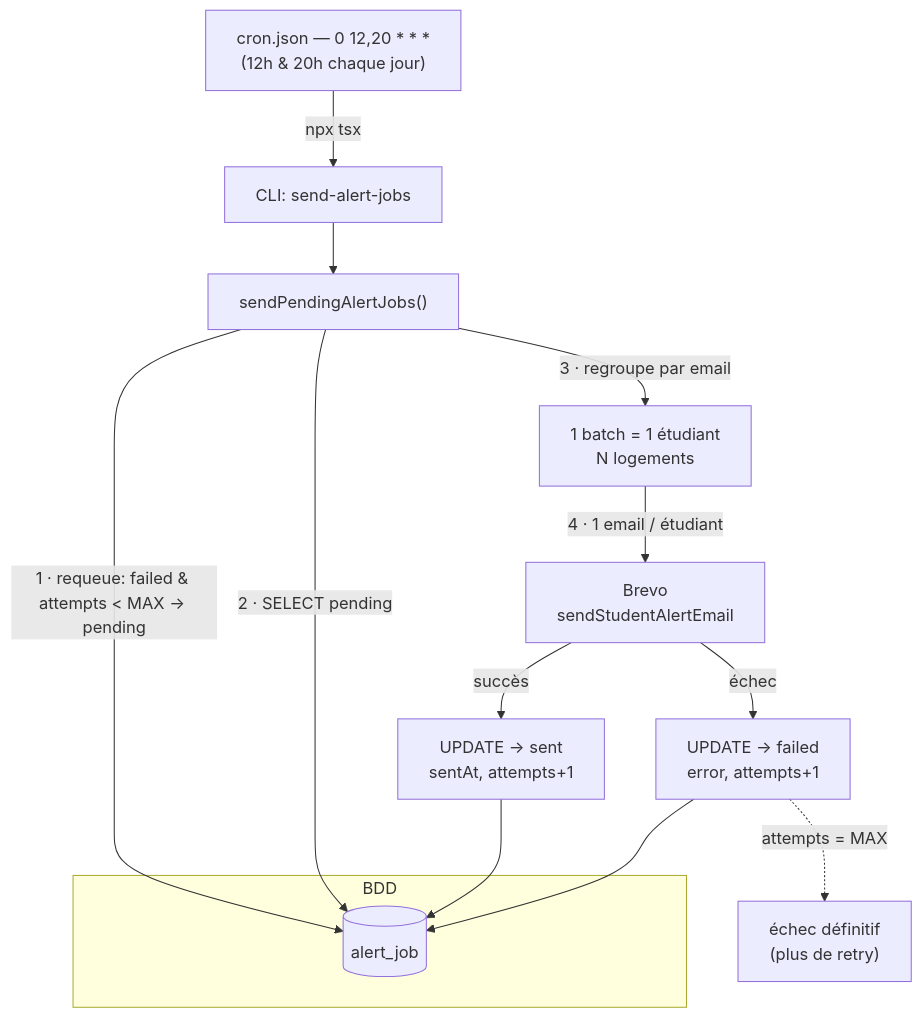
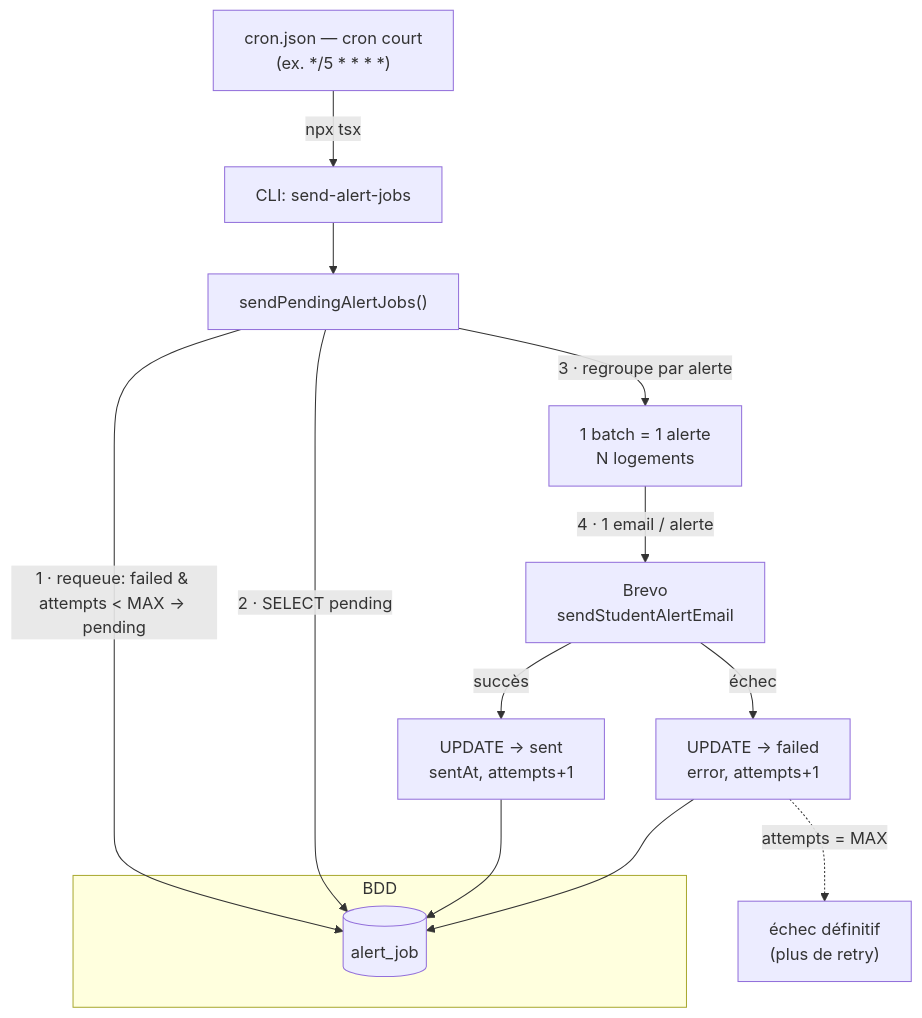
One commit to betagouv/mle-front changed the diagram in docs/adr/0001-alert-sender.md. Above: the diagram before and after it, drawn with Mermaid. The commit also changed other lines of this file and 28 other files, not shown here.

````diff
--- a/docs/adr/0001-alert-sender.md
+++ b/docs/adr/0001-alert-sender.md
@@ -58,19 +66,19 @@
 ```mermaid
 flowchart TD
-    cron["cron.json — 0 12,20 * * *<br/>(12h &amp; 20h chaque jour)"] -->|npx tsx| cli["CLI: send-alert-jobs"]
+    cron["cron.json — cron court<br/>(ex. */5 * * * *)"] -->|npx tsx| cli["CLI: send-alert-jobs"]
     cli --> svc["sendPendingAlertJobs()"]
 
     subgraph BDD
       jobs[("alert_job")]
     end
 
     svc -->|"1 · requeue: failed &amp; attempts &lt; MAX → pending"| jobs
     svc -->|"2 · SELECT pending"| jobs
-    svc -->|"3 · regroupe par email"| batch["1 batch = 1 étudiant<br/>N logements"]
-    batch -->|"4 · 1 email / étudiant"| brevo["Brevo<br/>sendStudentAlertEmail"]
+    svc -->|"3 · regroupe par alerte"| batch["1 batch = 1 alerte<br/>N logements"]
+    batch -->|"4 · 1 email / alerte"| brevo["Brevo<br/>sendStudentAlertEmail"]
     brevo -->|succès| sent["UPDATE → sent<br/>sentAt, attempts+1"]
     brevo -->|échec| failed["UPDATE → failed<br/>error, attempts+1"]
     sent --> jobs
     failed --> jobs
     failed -.->|"attempts = MAX"| dead["échec définitif<br/>(plus de retry)"]
 ```
````
